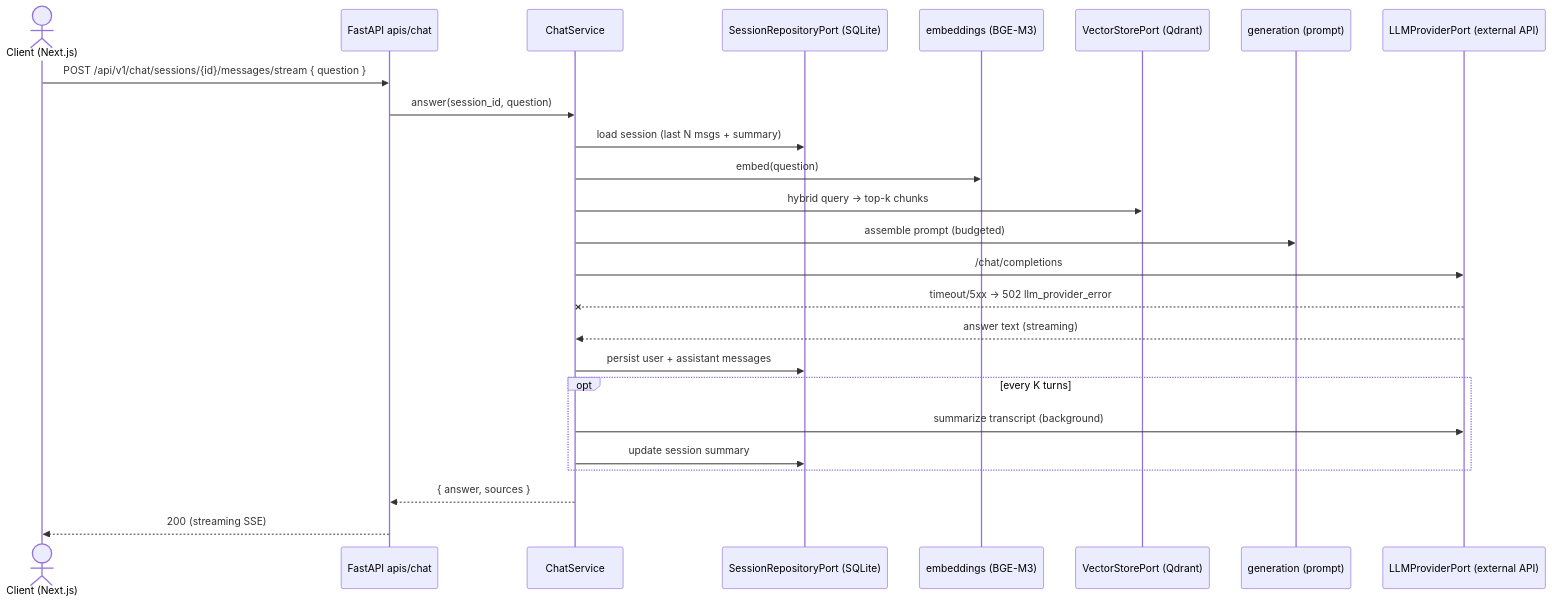
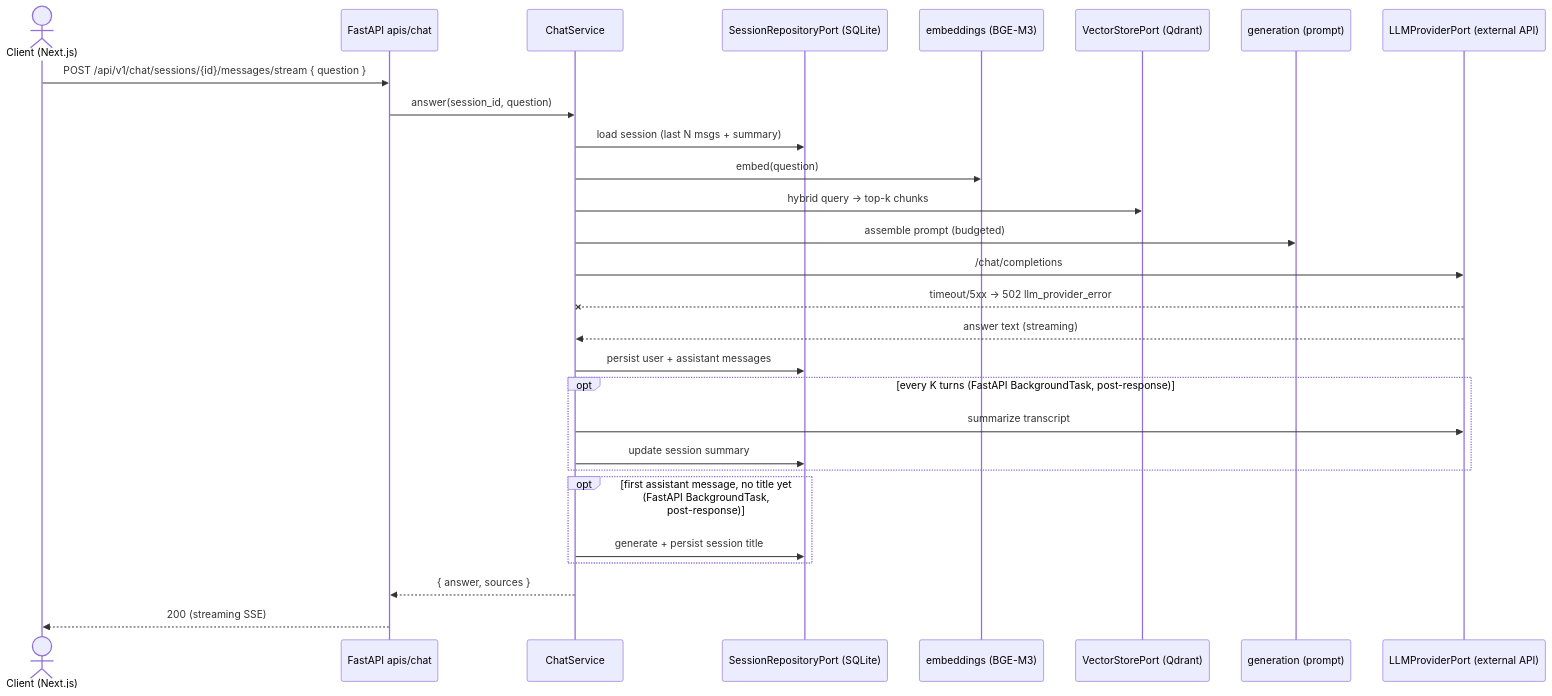
Before and after one commit to Abdelrhman941/MyRAG-Project: the second of 2 diagrams in docs/diagrams/api-interactions.md, drawn with Mermaid.

Commit message:
docs: clarify FastAPI BackgroundTasks (chat post-effects) vs ARQ (ingestion) in api-interactions diagram

````diff
--- a/docs/diagrams/api-interactions.md
+++ b/docs/diagrams/api-interactions.md
@@ -44,28 +44,31 @@
 ```mermaid
 sequenceDiagram
     actor C as Client (Next.js)
     participant API as FastAPI apis/chat
     participant CS as ChatService
     participant SR as SessionRepositoryPort (SQLite)
     participant EMB as embeddings (BGE-M3)
     participant QD as VectorStorePort (Qdrant)
     participant GEN as generation (prompt)
     participant LLM as LLMProviderPort (external API)
 
     C->>API: POST /api/v1/chat/sessions/{id}/messages/stream { question }
     API->>CS: answer(session_id, question)
     CS->>SR: load session (last N msgs + summary)
     CS->>EMB: embed(question)
     CS->>QD: hybrid query → top-k chunks
     CS->>GEN: assemble prompt (budgeted)
     CS->>LLM: /chat/completions
     LLM--xCS: timeout/5xx → 502 llm_provider_error
     LLM-->>CS: answer text (streaming)
     CS->>SR: persist user + assistant messages
-    opt every K turns
-        CS->>LLM: summarize transcript (background)
+    opt every K turns (FastAPI BackgroundTask, post-response)
+        CS->>LLM: summarize transcript
         CS->>SR: update session summary
+    end
+    opt first assistant message, no title yet (FastAPI BackgroundTask, post-response)
+        CS->>SR: generate + persist session title
     end
     CS-->>API: { answer, sources }
     API-->>C: 200 (streaming SSE)
 ```
````
